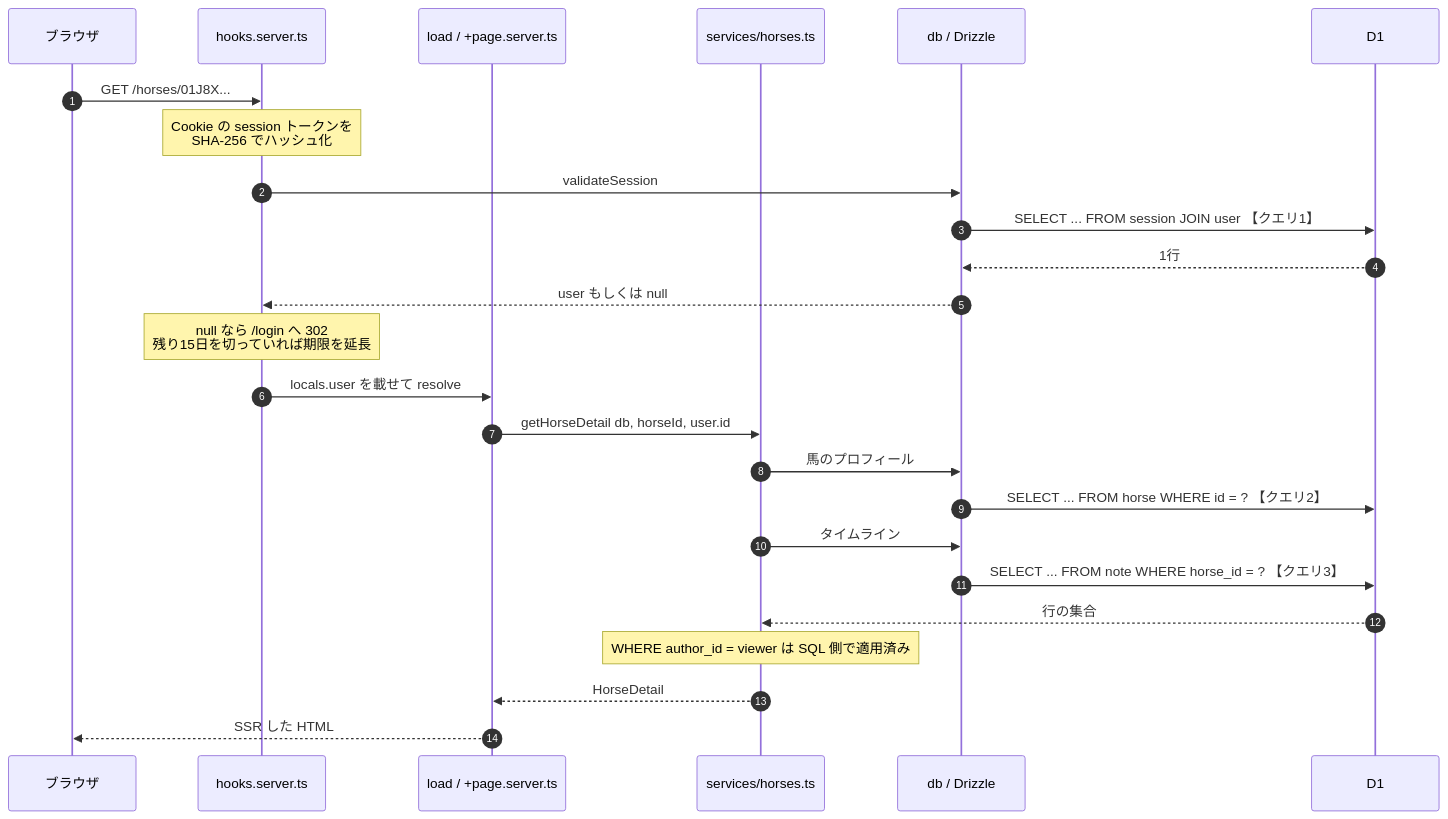
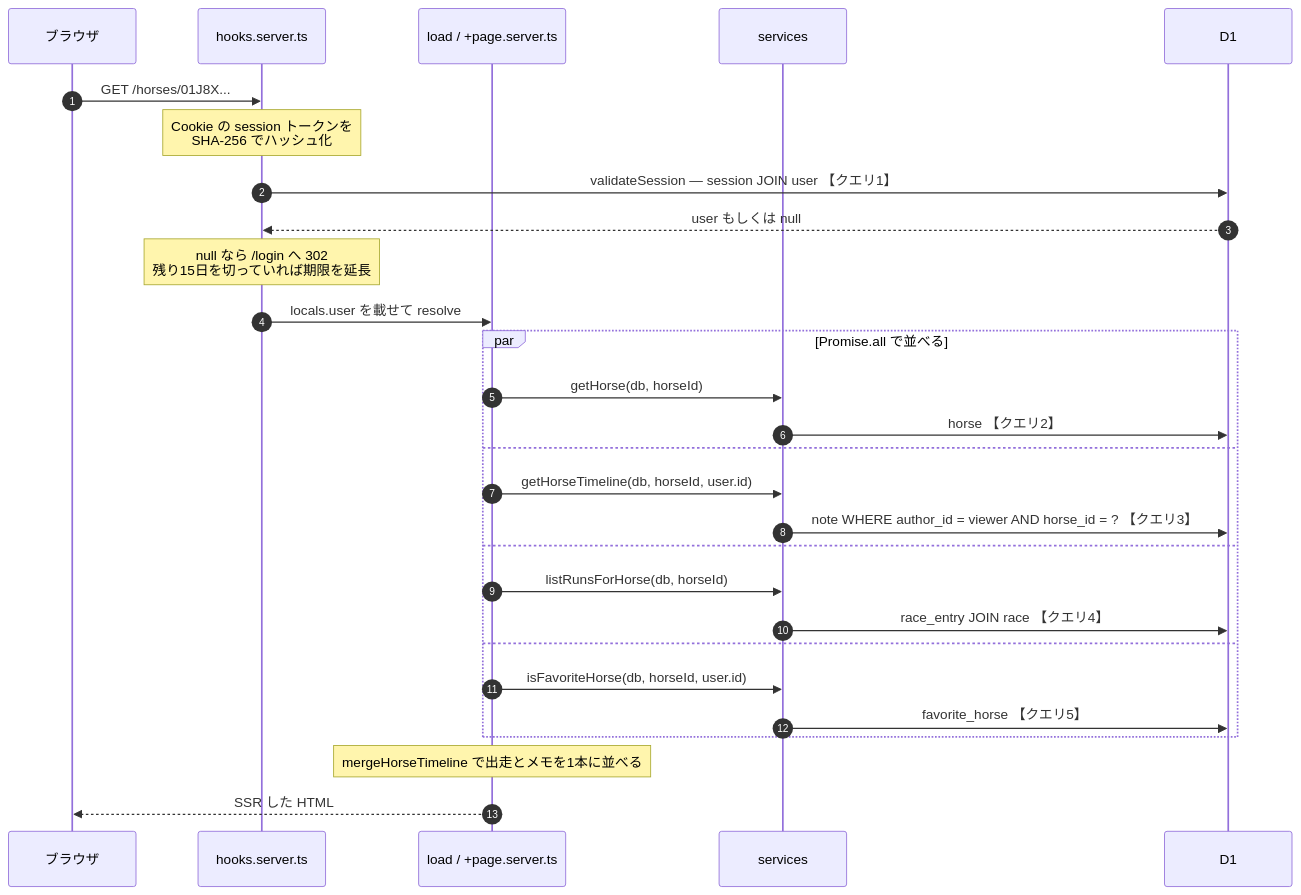
One commit to Atoyr/keiba-note changed the third of 11 diagrams in docs/architecture.md. Above: the diagram before and after it, drawn with Mermaid. The commit also changed other lines of this file and 56 other files, not shown here.

````diff
--- a/docs/architecture.md
+++ b/docs/architecture.md
@@ -341,28 +318,31 @@
 ```mermaid
 sequenceDiagram
     autonumber
     participant B as ブラウザ
     participant H as hooks.server.ts
     participant L as load / +page.server.ts
-    participant S as services/horses.ts
-    participant Q as db / Drizzle
+    participant S as services
     participant D as D1
 
     B->>H: GET /horses/01J8X...
     Note over H: Cookie の session トークンを<br/>SHA-256 でハッシュ化
-    H->>Q: validateSession
-    Q->>D: SELECT ... FROM session JOIN user 【クエリ1】
-    D-->>Q: 1行
-    Q-->>H: user もしくは null
+    H->>D: validateSession — session JOIN user 【クエリ1】
+    D-->>H: user もしくは null
     Note over H: null なら /login へ 302<br/>残り15日を切っていれば期限を延長
     H->>L: locals.user を載せて resolve
-    L->>S: getHorseDetail db, horseId, user.id
-    S->>Q: 馬のプロフィール
-    Q->>D: SELECT ... FROM horse WHERE id = ? 【クエリ2】
-    S->>Q: タイムライン
-    Q->>D: SELECT ... FROM note WHERE horse_id = ? 【クエリ3】
-    D-->>S: 行の集合
-    Note over S: WHERE author_id = viewer は SQL 側で適用済み
-    S-->>L: HorseDetail
+    par Promise.all で並べる
+        L->>S: getHorse(db, horseId)
+        S->>D: horse 【クエリ2】
+    and
+        L->>S: getHorseTimeline(db, horseId, user.id)
+        S->>D: note WHERE author_id = viewer AND horse_id = ? 【クエリ3】
+    and
+        L->>S: listRunsForHorse(db, horseId)
+        S->>D: race_entry JOIN race 【クエリ4】
+    and
+        L->>S: isFavoriteHorse(db, horseId, user.id)
+        S->>D: favorite_horse 【クエリ5】
+    end
+    Note over L: mergeHorseTimeline で出走とメモを1本に並べる
     L-->>B: SSR した HTML
 ```
````
